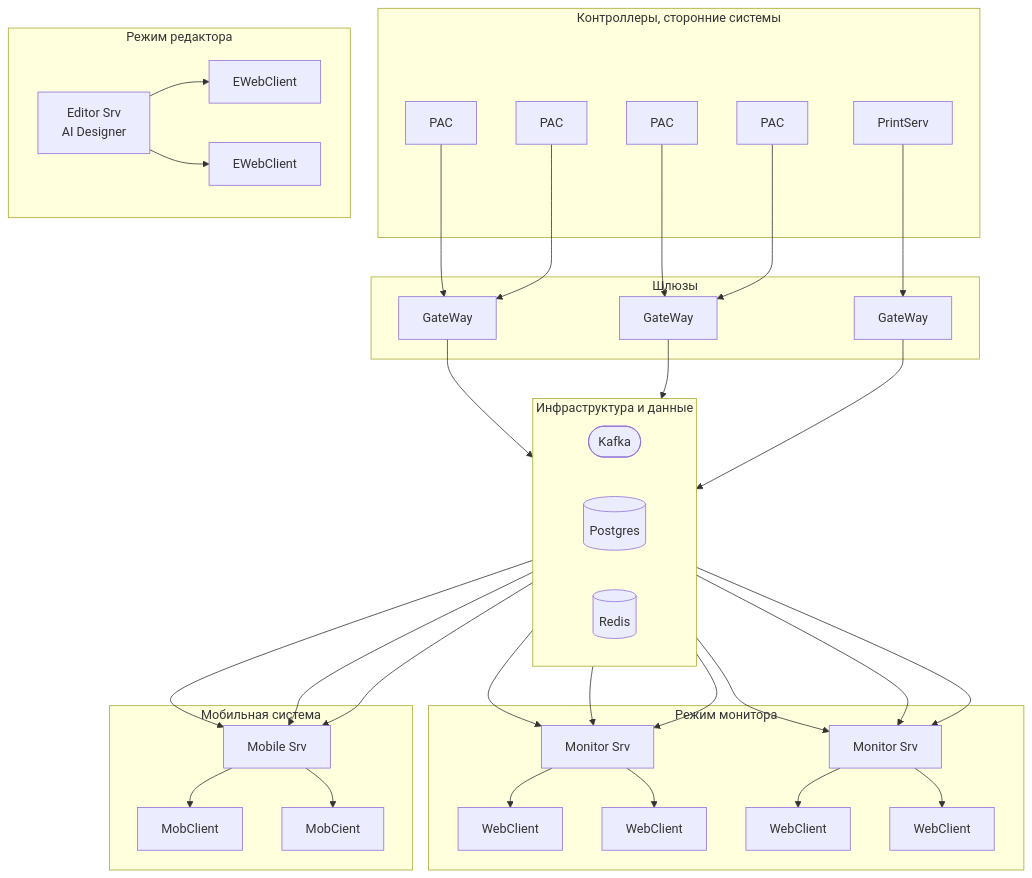
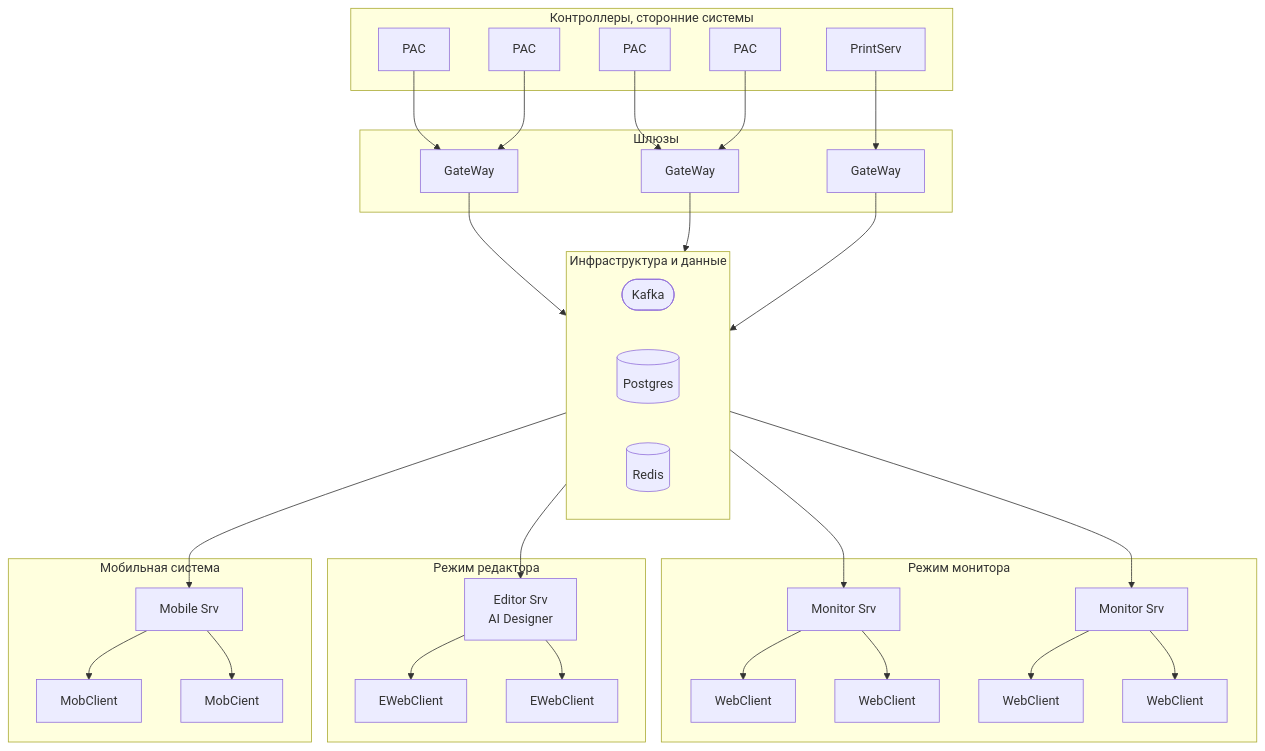
The diagram in architecture.md (savushkin-dev/scada-docs), drawn with Mermaid before and after one commit.

Commit message:
Add architectur

````diff
--- a/architecture.md
+++ b/architecture.md
@@ -2,77 +2,79 @@
 ```mermaid
 graph TD
     subgraph "Контроллеры, сторонние системы"
         C1["PAC"]
         C2["PAC"]
         C3["PAC"]
         C4["PAC"]
         C5["PrintServ"]
     end
 
     subgraph "Шлюзы"
         gw1["GateWay"]
         gw2["GateWay"]
         gw3["GateWay"]
     end
 
         subgraph "Режим монитора"
             MSrv1["Monitor Srv"]
             MSrv2["Monitor Srv"]
             Mc1["WebClient"]
             Mc2["WebClient"]
             Mc3["WebClient"]
             Mc4["WebClient"]
         end
 
         subgraph "Режим редактора"
             ESrv["Editor Srv <br/> AI Designer"]
             Ec1["EWebClient"]
             Ec2["EWebClient"]
         end
 
         subgraph "Мобильная система"
             MobSrv["Mobile Srv"]
             Mob1["MobClient"]
             Mob2["MobCient"]
         end
 
     subgraph "Инфраструктура и данные"
         direction LR
         Kafka([Kafka])
         Postgres[(Postgres)]
         Redis[(Redis)]
     end
 
     %% --- Соединения ---
 
     %% Клиенты -> Шлюзы
     C1 & C2 --> gw1
     C3 & C4 --> gw2
     C5 --> gw3
 
     %% Шлюзы -> Kafka -> Мониторинг
     gw1 --> Kafka
     gw2 --> Kafka
     gw3 --> Kafka
     Kafka --> MSrv1
     Kafka --> MSrv2
     Kafka --> MobSrv
-    Postgres --> MSrv1
-    Postgres --> MSrv2
-    Postgres --> MobSrv
-    Redis --> MSrv1
-    Redis --> MSrv2
-    Redis --> MobSrv
+    Kafka --> ESrv
+
+    %%    Postgres --> MSrv1
+    %%    Postgres --> MSrv2
+    %%    Postgres --> MobSrv
+    %%    Redis --> MSrv1
+    %%    Redis --> MSrv2
+    %%    Redis --> MobSrv
 
 
     %% Сервисы мониторинга -> Mc
     MSrv1 --> Mc1 & Mc2
     MSrv2 --> Mc3 & Mc4
 
     %% Соединения системы редактора
     ESrv --> Ec1 & Ec2  
 
     %% Соединения мобильной системы
     MobSrv --> Mob1 & Mob2
 
 ```
````
